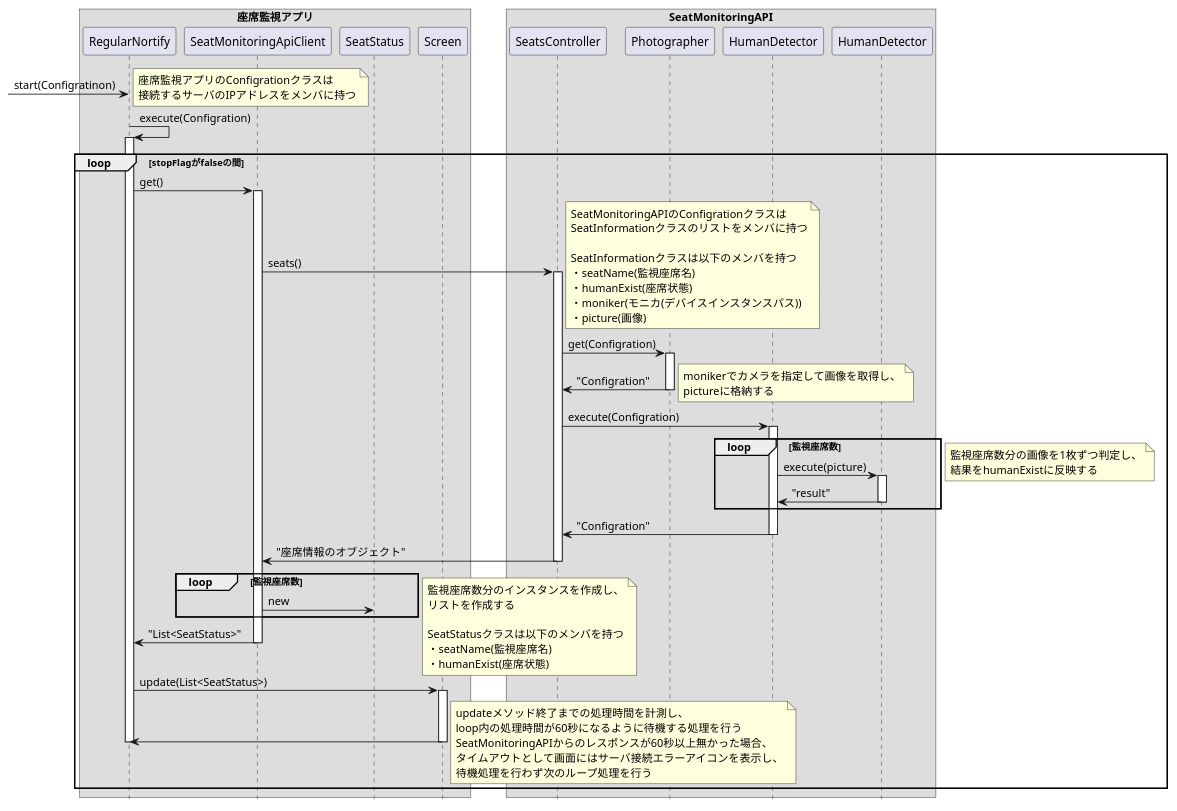
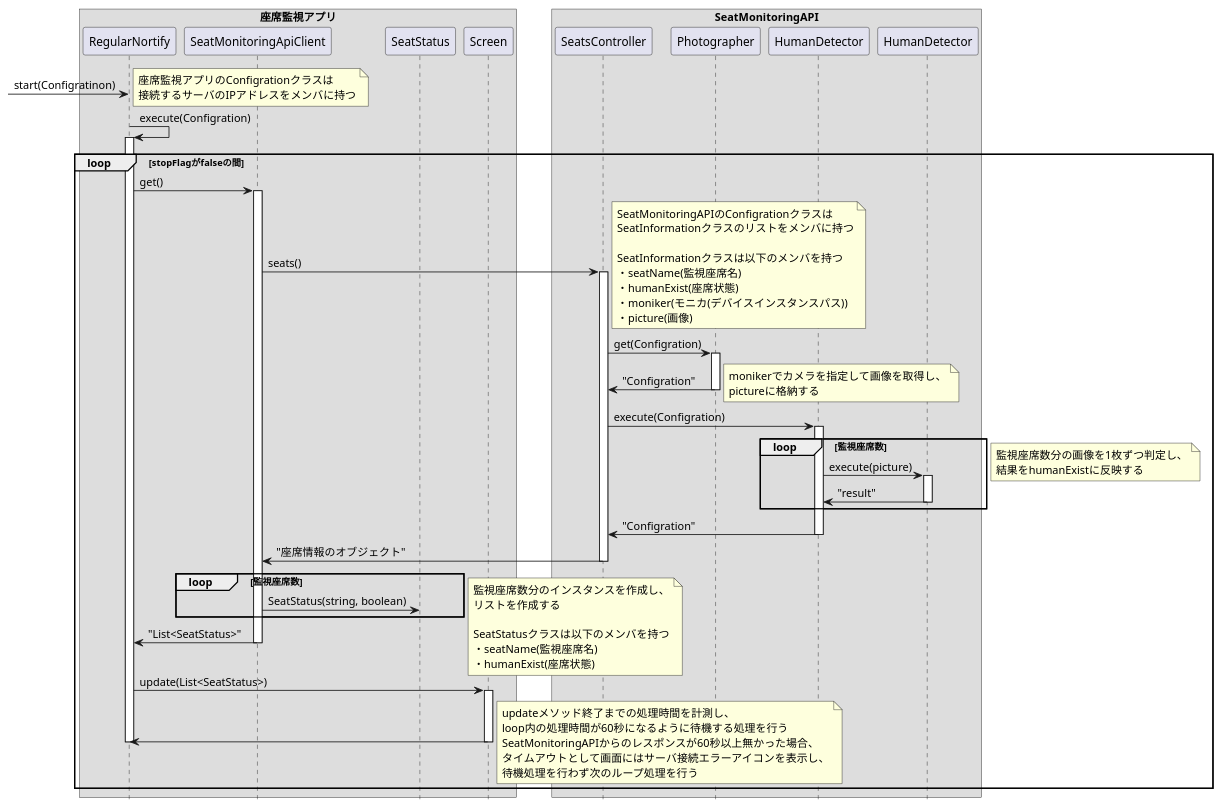
One commit to KeisukeSugita/Seat-monitoring-system changed the diagram in doc/詳細設計/構成図(.pu)/座席状態確認シーケンス図2.pu. Above: the diagram before and after it, drawn with PlantUML. The commit also changed 3 other files, not shown here.

```diff
--- a/doc/詳細設計/構成図(.pu)/座席状態確認シーケンス図2.pu
+++ b/doc/詳細設計/構成図(.pu)/座席状態確認シーケンス図2.pu
@@ -1,104 +1,104 @@
 @startuml 座席状態確認シーケンス図2
 hide footbox
 skinparam BoxPadding 20
 
 box "座席監視アプリ"
 	participant "RegularNortify" as RegularNortify
 	participant "SeatMonitoringApiClient" as SeatMonitoringApiClient
 	participant "SeatStatus" as SeatStatus
 	participant "Screen" as Screen
 end box
 
 box "SeatMonitoringAPI"
 	participant "SeatsController" as SeatsController
 	participant "Photographer" as Photographer
 	participant "HumanDetector" as CsHumanDetector
 	participant "HumanDetector" as CppHumanDetector
 end box
 
 -> RegularNortify :start(Configratinon)
 note right
 	座席監視アプリのConfigrationクラスは
 	接続するサーバのIPアドレスをメンバに持つ
 end note
 
 RegularNortify -> RegularNortify : execute(Configration)
 activate RegularNortify
 
 loop stopFlagがfalseの間
 	RegularNortify -> SeatMonitoringApiClient : get()
 	activate SeatMonitoringApiClient
 
 	SeatMonitoringApiClient -> SeatsController : seats()
 	activate SeatsController
 
 	note right
 		SeatMonitoringAPIのConfigrationクラスは
 		SeatInformationクラスのリストをメンバに持つ
 
 		SeatInformationクラスは以下のメンバを持つ
 		・seatName(監視座席名)
 		・humanExist(座席状態)
 		・moniker(モニカ(デバイスインスタンスパス))
 		・picture(画像)
 	end note
 
 	SeatsController -> Photographer : get(Configration)
 	activate Photographer
 	SeatsController <- Photographer : "Configration"
 	deactivate Photographer
 	note right
 		monikerでカメラを指定して画像を取得し、
 		pictureに格納する
 	end note
 
 	SeatsController -> CsHumanDetector : execute(Configration)
 	activate CsHumanDetector
 
 	loop 監視座席数
 		CsHumanDetector -> CppHumanDetector : execute(picture)
 		activate CppHumanDetector
 		CsHumanDetector <- CppHumanDetector : "result"
 		deactivate CppHumanDetector
 	end
 	note right
 		監視座席数分の画像を1枚ずつ判定し、
 		結果をhumanExistに反映する
 	end note
 	
 	SeatsController <- CsHumanDetector : "Configration"
 	deactivate CsHumanDetector
 
 	SeatMonitoringApiClient <- SeatsController : "座席情報のオブジェクト"
 	deactivate SeatsController
 
 	loop 監視座席数
-		SeatMonitoringApiClient -> SeatStatus :new
+		SeatMonitoringApiClient -> SeatStatus :SeatStatus(string, boolean)
 	end
 	note right
 		監視座席数分のインスタンスを作成し、
 		リストを作成する
 
 		SeatStatusクラスは以下のメンバを持つ
 		・seatName(監視座席名)
 		・humanExist(座席状態)
 	end note
 
 	RegularNortify <- SeatMonitoringApiClient : "List<SeatStatus>"
 	deactivate SeatMonitoringApiClient
 	|||
 	RegularNortify -> Screen : update(List<SeatStatus>)
 	activate Screen
 	RegularNortify <- Screen
 	deactivate Screen
 	deactivate RegularNortify
 	note right
 		updateメソッド終了までの処理時間を計測し、
 		loop内の処理時間が60秒になるように待機する処理を行う
 		SeatMonitoringAPIからのレスポンスが60秒以上無かった場合、
 		タイムアウトとして画面にはサーバ接続エラーアイコンを表示し、
 		待機処理を行わず次のループ処理を行う
 	end note
 end
 
 @enduml
```
